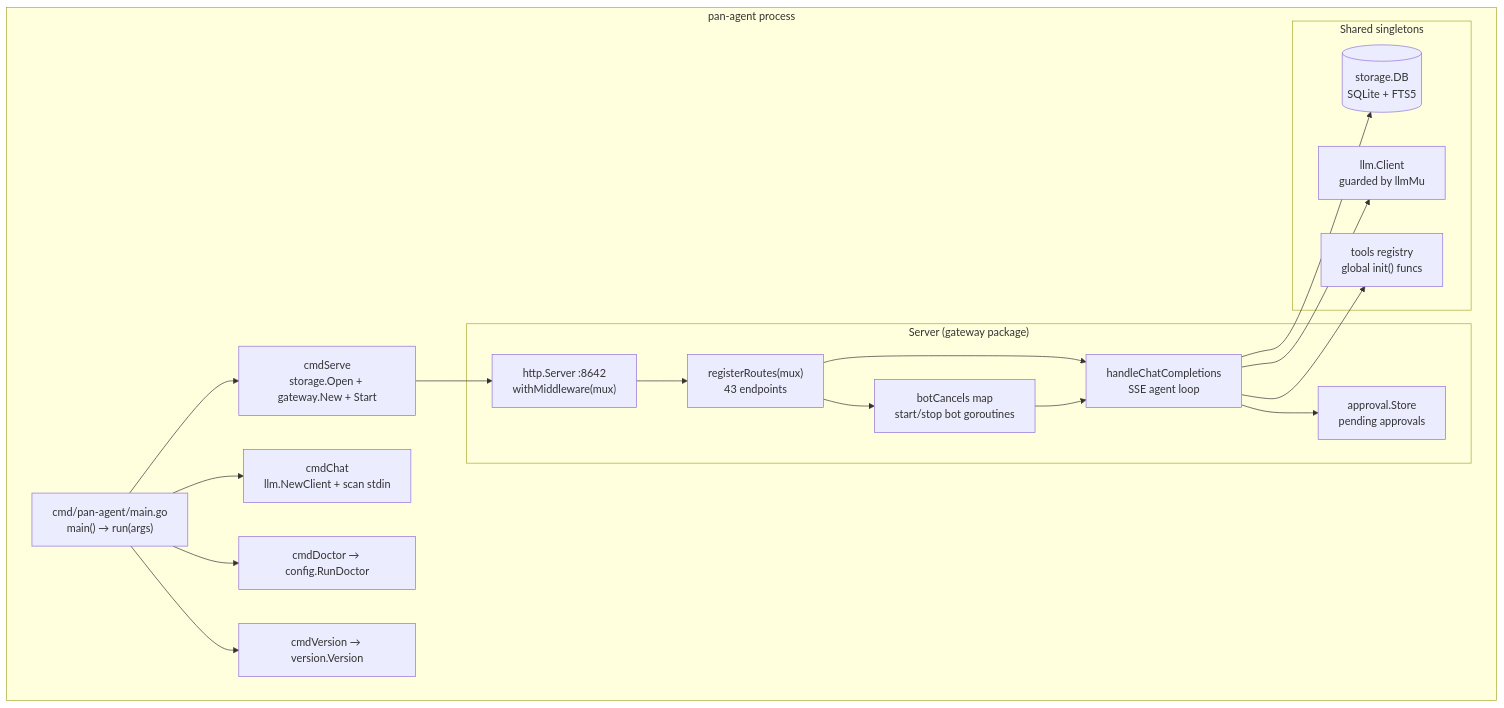
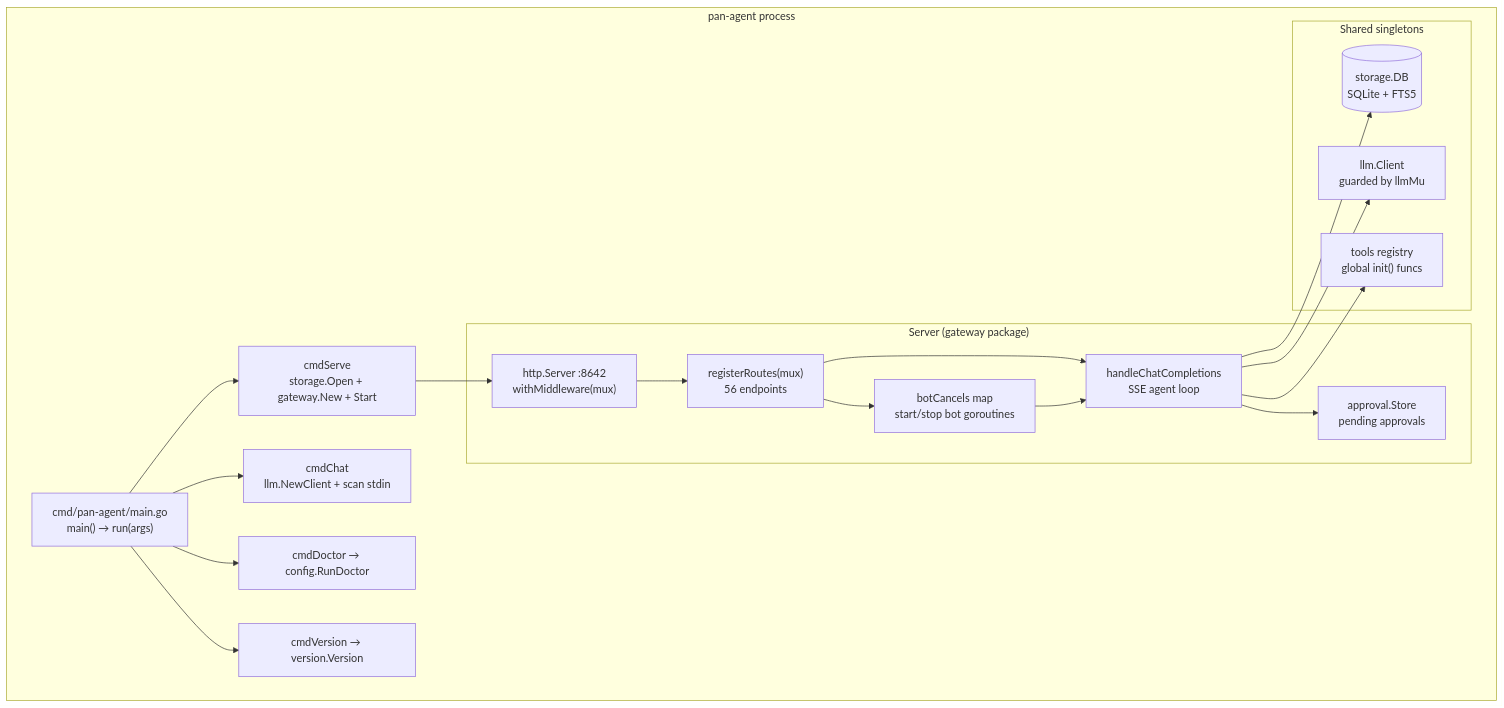
The diagram in docs/manual/Part I - Foundations/02 - Architecture/01 - Service Architecture.md (Euraika-Labs/pan-agent), drawn with Mermaid before and after one commit. The commit also changed other lines of this file and 13 other files, not shown here.

````diff
--- a/docs/manual/Part I - Foundations/02 - Architecture/01 - Service Architecture.md
+++ b/docs/manual/Part I - Foundations/02 - Architecture/01 - Service Architecture.md
@@ -7,40 +7,40 @@
 ```mermaid
 graph TB
     subgraph "pan-agent process"
         Main["cmd/pan-agent/main.go<br/>main() → run(args)"]
         Serve["cmdServe<br/>storage.Open + gateway.New + Start"]
         Chat["cmdChat<br/>llm.NewClient + scan stdin"]
         Doctor["cmdDoctor → config.RunDoctor"]
         Version["cmdVersion → version.Version"]
 
         Main --> Serve
         Main --> Chat
         Main --> Doctor
         Main --> Version
 
         subgraph "Server (gateway package)"
             HTTP["http.Server :8642<br/>withMiddleware(mux)"]
-            Routes["registerRoutes(mux)<br/>43 endpoints"]
+            Routes["registerRoutes(mux)<br/>56 endpoints"]
             ChatHandler["handleChatCompletions<br/>SSE agent loop"]
             BotMgr["botCancels map<br/>start/stop bot goroutines"]
             ApprovalStore["approval.Store<br/>pending approvals"]
         end
 
         Serve --> HTTP
         HTTP --> Routes
         Routes --> ChatHandler
         Routes --> BotMgr
         ChatHandler --> ApprovalStore
 
         subgraph "Shared singletons"
             DB[("storage.DB<br/>SQLite + FTS5")]
             LLMClient["llm.Client<br/>guarded by llmMu"]
             ToolRegistry["tools registry<br/>global init() funcs"]
         end
 
         ChatHandler --> DB
         ChatHandler --> LLMClient
         ChatHandler --> ToolRegistry
         BotMgr --> ChatHandler
     end
 ```
````
